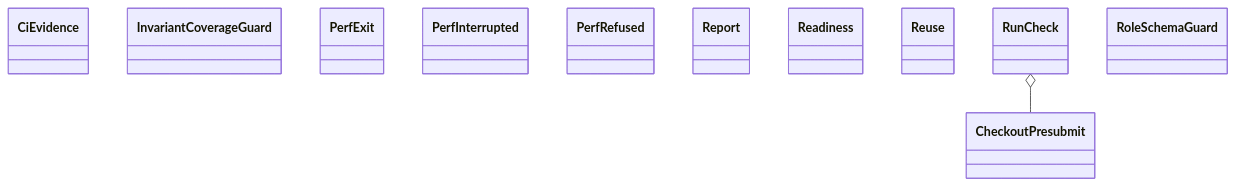
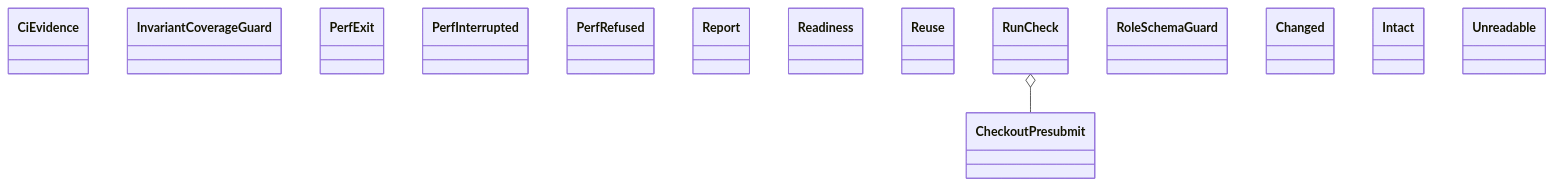
One commit to GonzaloZevallos/agentic-system changed the diagram in docs/architecture/generated/classes-process-application-checks.md. Above: the diagram before and after it, drawn with Mermaid. The commit also changed 16 other files, not shown here.

Commit message:
Place spec_guard in the checks cluster and regenerate the architecture docs

````diff
--- a/docs/architecture/generated/classes-process-application-checks.md
+++ b/docs/architecture/generated/classes-process-application-checks.md
@@ -19,15 +19,18 @@
 ```mermaid
 classDiagram
     class ci_review__CiEvidence["CiEvidence"]
     class coverage_guard__InvariantCoverageGuard["InvariantCoverageGuard"]
     class perf__PerfExit["PerfExit"]
     class perf__PerfInterrupted["PerfInterrupted"]
     class perf__PerfRefused["PerfRefused"]
     class perf__Report["Report"]
     class presubmit__CheckoutPresubmit["CheckoutPresubmit"]
     class presubmit__Readiness["Readiness"]
     class presubmit__Reuse["Reuse"]
     class run_check__RunCheck["RunCheck"]
     class schema_guard__RoleSchemaGuard["RoleSchemaGuard"]
+    class spec_guard__Changed["Changed"]
+    class spec_guard__Intact["Intact"]
+    class spec_guard__Unreadable["Unreadable"]
     run_check__RunCheck o-- presubmit__CheckoutPresubmit
 ```
````
